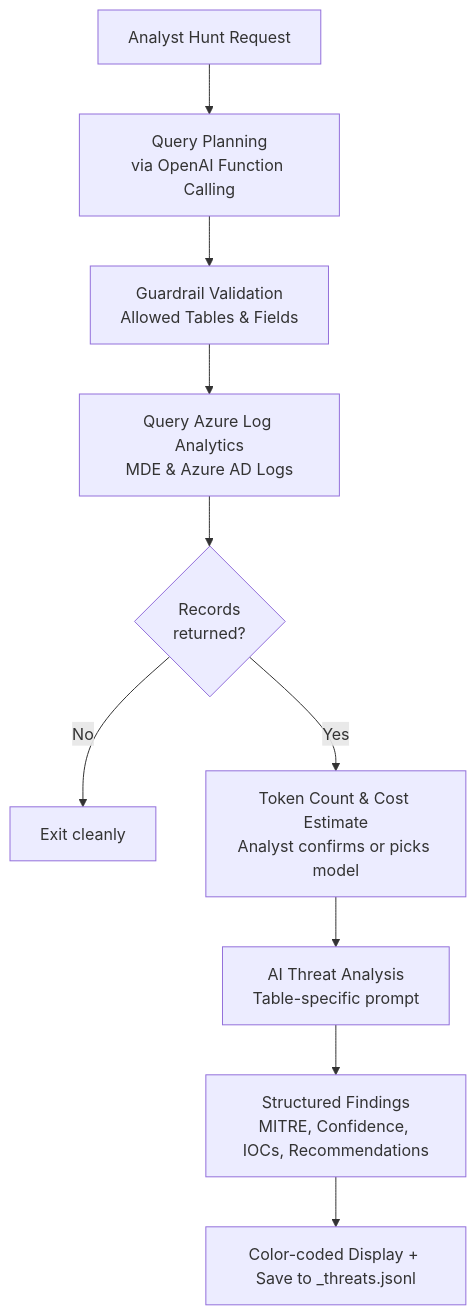
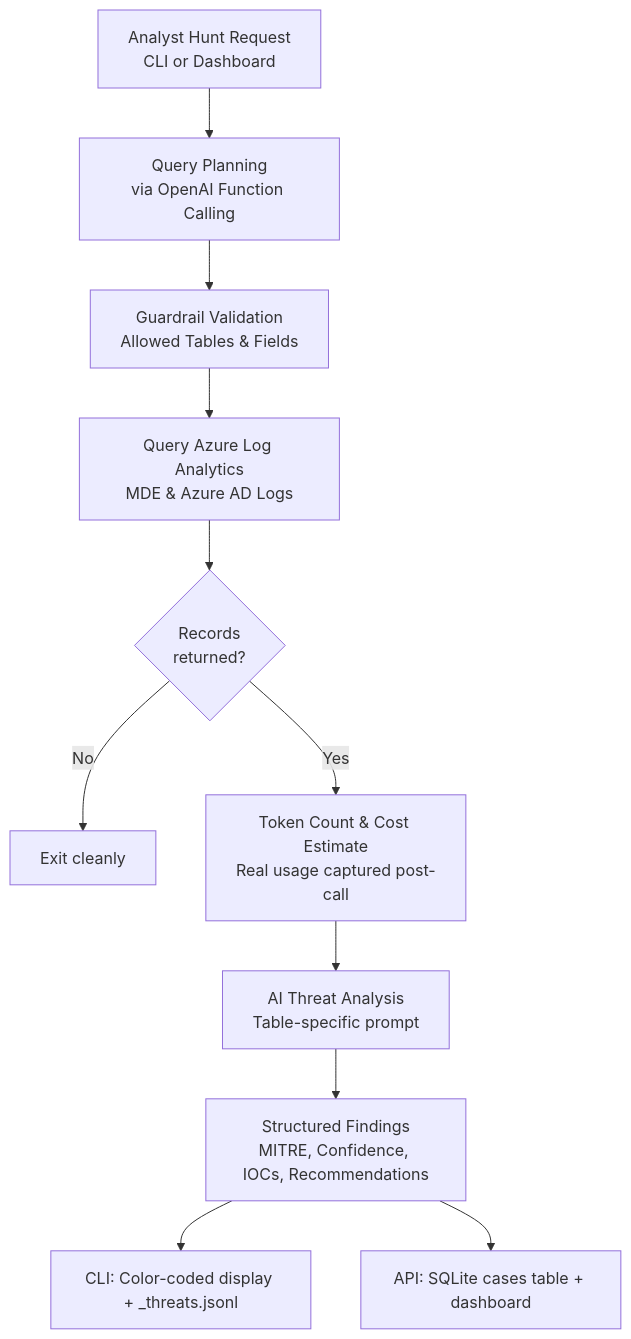
The diagram in README.md (Colby-hin/agentic-threat-hunter), drawn with Mermaid before and after one commit. The commit also changed other lines of this file, not shown here.

````diff
--- a/README.md
+++ b/README.md
@@ -20,12 +29,13 @@
 ```mermaid
 flowchart TD
-    A[Analyst Hunt Request] --> B[Query Planning<br/>via OpenAI Function Calling]
+    A[Analyst Hunt Request<br/>CLI or Dashboard] --> B[Query Planning<br/>via OpenAI Function Calling]
     B --> C[Guardrail Validation<br/>Allowed Tables & Fields]
     C --> D[Query Azure Log Analytics<br/>MDE & Azure AD Logs]
     D --> E{Records<br/>returned?}
     E -->|No| F[Exit cleanly]
-    E -->|Yes| G[Token Count & Cost Estimate<br/>Analyst confirms or picks model]
+    E -->|Yes| G[Token Count & Cost Estimate<br/>Real usage captured post-call]
     G --> H[AI Threat Analysis<br/>Table-specific prompt]
     H --> I[Structured Findings<br/>MITRE, Confidence, IOCs, Recommendations]
-    I --> J[Color-coded Display + Save to _threats.jsonl]
+    I --> J[CLI: Color-coded display + _threats.jsonl]
+    I --> K[API: SQLite cases table + dashboard]
 ```
````
